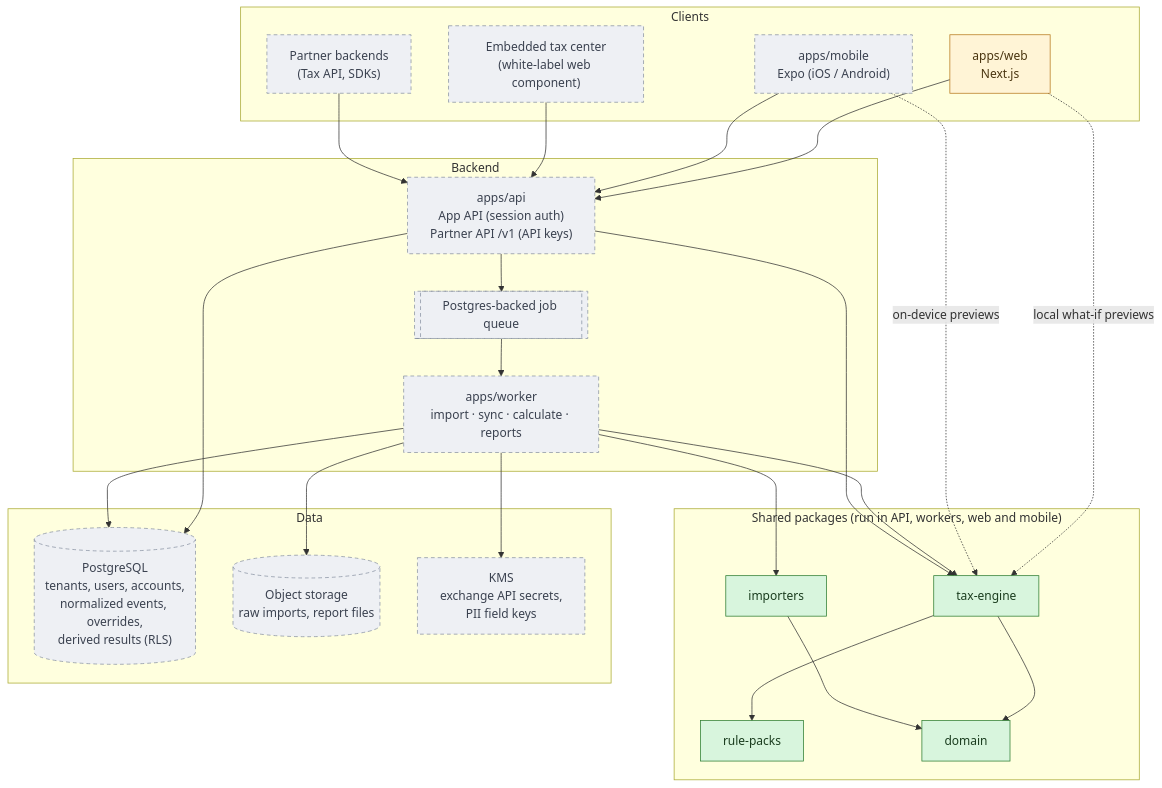
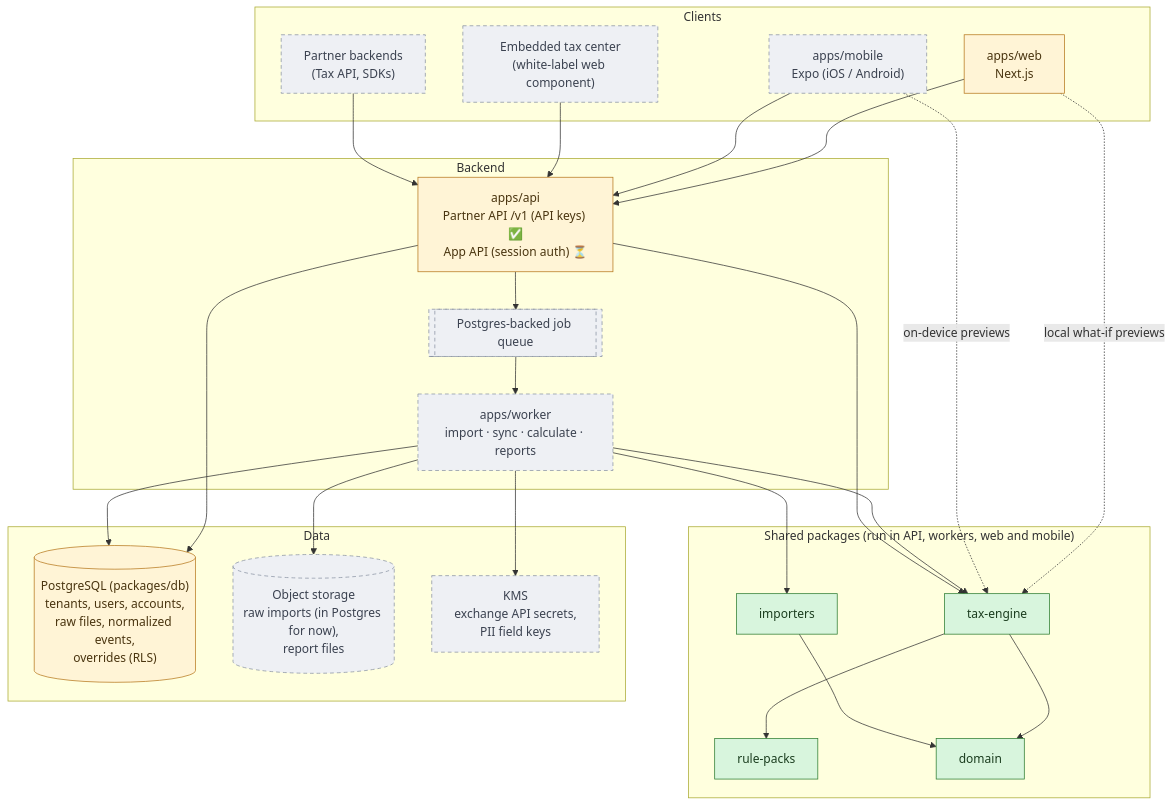
Before and after one commit to sunveda/taxable: the third of 4 diagrams in docs/architecture/system-context.md, drawn with Mermaid. The commit also changed 26 other files, not shown here.

First line of the commit message:
feat: API and Postgres persistence (apps/api, packages/db)

````diff
--- a/docs/architecture/system-context.md
+++ b/docs/architecture/system-context.md
@@ -76,50 +76,50 @@
 ```mermaid
 flowchart TB
   subgraph clients["Clients"]
     web["apps/web<br/>Next.js"]:::partial
     mobile["apps/mobile<br/>Expo (iOS / Android)"]:::planned
     widget["Embedded tax center<br/>(white-label web component)"]:::planned
     partner["Partner backends<br/>(Tax API, SDKs)"]:::planned
   end
 
   subgraph backend["Backend"]
-    api["apps/api<br/>App API (session auth)<br/>Partner API /v1 (API keys)"]:::planned
+    api["apps/api<br/>Partner API /v1 (API keys) ✅<br/>App API (session auth) ⏳"]:::partial
     worker["apps/worker<br/>import · sync · calculate · reports"]:::planned
     queue[["Postgres-backed job queue"]]:::planned
   end
 
   subgraph shared["Shared packages (run in API, workers, web and mobile)"]
     engine["tax-engine"]:::built
     packs["rule-packs"]:::built
     importers["importers"]:::built
     domain["domain"]:::built
   end
 
   subgraph data["Data"]
-    pg[("PostgreSQL<br/>tenants, users, accounts,<br/>normalized events, overrides,<br/>derived results (RLS)")]:::planned
-    blob[("Object storage<br/>raw imports, report files")]:::planned
+    pg[("PostgreSQL (packages/db)<br/>tenants, users, accounts,<br/>raw files, normalized events,<br/>overrides (RLS)")]:::partial
+    blob[("Object storage<br/>raw imports (in Postgres for now),<br/>report files")]:::planned
     kms["KMS<br/>exchange API secrets,<br/>PII field keys"]:::planned
   end
 
   web --> api
   mobile --> api
   widget --> api
   partner --> api
   web -. "local what-if previews" .-> engine
   mobile -. "on-device previews" .-> engine
   api --> queue --> worker
   api --> pg
   worker --> pg
   worker --> blob
   worker --> kms
   worker --> importers
   worker --> engine
   api --> engine
   engine --> packs
   engine --> domain
   importers --> domain
 
   classDef built fill:#d8f5dd,stroke:#2e7d32,color:#1b3d1f
   classDef partial fill:#fff4d6,stroke:#b7791f,color:#4a3510
   classDef planned fill:#eef0f4,stroke:#8a93a3,color:#3b4250,stroke-dasharray: 5 4
 ```
````
